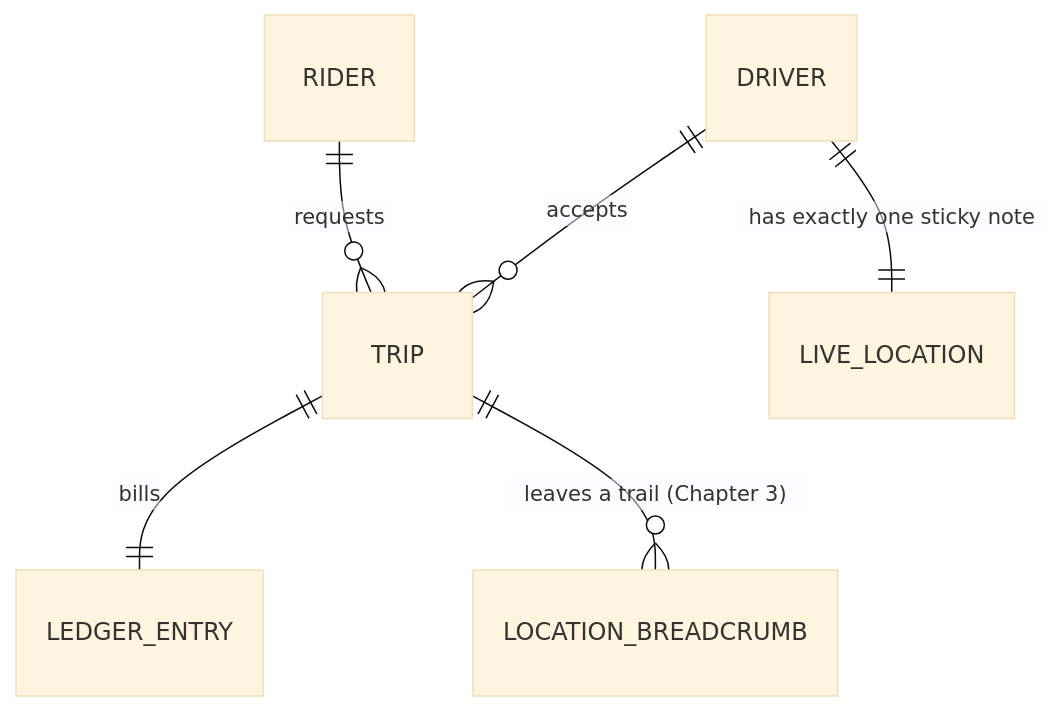
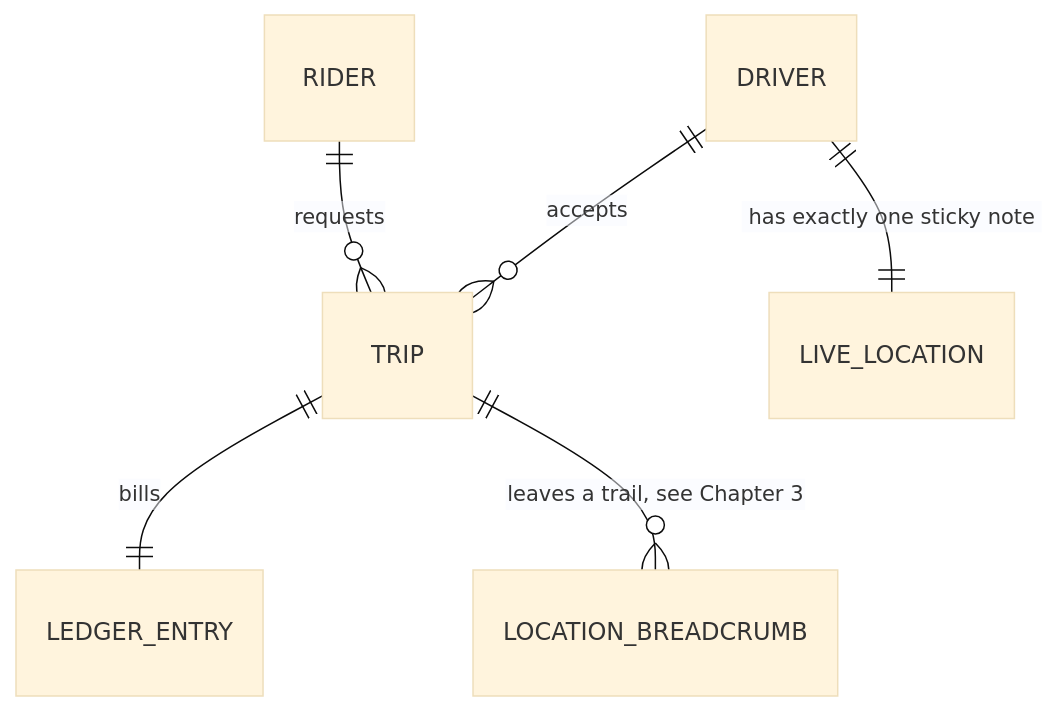
Before and after one commit to riyaz-pasha/Learnings: the second of 16 diagrams in system-design/HLD/0-course/30-Design Uber-FAANG-Guide-story.md, drawn with Mermaid (base theme). The commit also changed other lines of this file and 1 other file, not shown here.

First line of the commit message:
[REWRITE] Design Uber guides: simplify prose, add structure, fix dark-theme diagrams

````diff
--- a/system-design/HLD/0-course/30-Design Uber-FAANG-Guide-story.md
+++ b/system-design/HLD/0-course/30-Design Uber-FAANG-Guide-story.md
@@ -50,8 +161,8 @@
 ```mermaid
 erDiagram
     RIDER ||--o{ TRIP : requests
     DRIVER ||--o{ TRIP : accepts
     DRIVER ||--|| LIVE_LOCATION : "has exactly one sticky note"
     TRIP ||--|| LEDGER_ENTRY : bills
-    TRIP ||--o{ LOCATION_BREADCRUMB : "leaves a trail (Chapter 3)"
+    TRIP ||--o{ LOCATION_BREADCRUMB : "leaves a trail, see Chapter 3"
 ```
````
